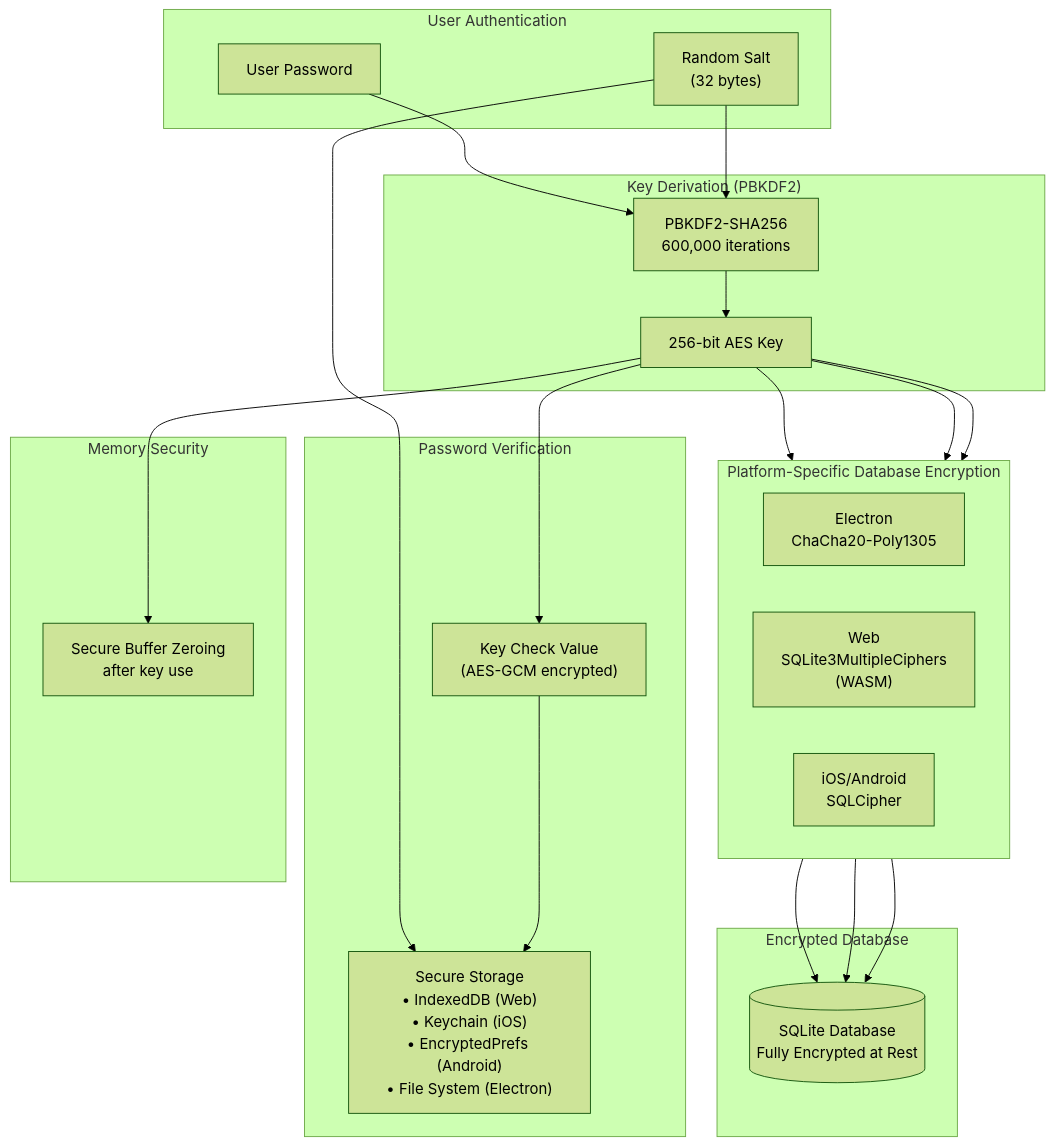
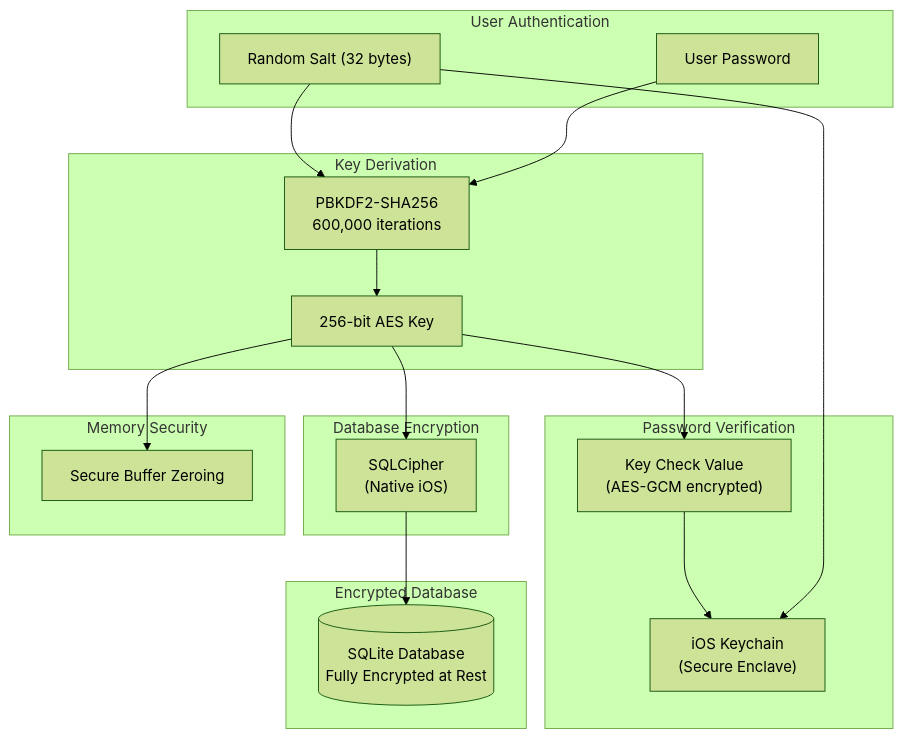
Before and after one commit to a2f0/tearleads: the third of 4 diagrams in docs/encryption-architecture.md, drawn with Mermaid (forest theme). The commit also changed other lines of this file and 2 other files, not shown here.

First line of the commit message:
docs(website): add dedicated architecture page

````diff
--- a/docs/encryption-architecture.md
+++ b/docs/encryption-architecture.md
@@ -5,46 +91,39 @@
 ```mermaid
 flowchart TB
     subgraph UserAuth["User Authentication"]
         PWD["User Password"]
-        SALT["Random Salt<br/>(32 bytes)"]
+        SALT["Random Salt (32 bytes)"]
     end
 
-    subgraph KeyDerivation["Key Derivation (PBKDF2)"]
+    subgraph KeyDerivation["Key Derivation"]
         PBKDF2["PBKDF2-SHA256<br/>600,000 iterations"]
         KEY["256-bit AES Key"]
     end
 
     subgraph Verification["Password Verification"]
         KCV["Key Check Value<br/>(AES-GCM encrypted)"]
-        STORE["Secure Storage<br/>• IndexedDB (Web)<br/>• Keychain (iOS)<br/>• EncryptedPrefs (Android)<br/>• File System (Electron)"]
+        STORE["iOS Keychain<br/>(Secure Enclave)"]
     end
 
-    subgraph PlatformEncryption["Platform-Specific Database Encryption"]
-        direction LR
-        ELECTRON["Electron<br/>ChaCha20-Poly1305"]
-        WEB["Web<br/>SQLite3MultipleCiphers<br/>(WASM)"]
-        MOBILE["iOS/Android<br/>SQLCipher"]
+    subgraph Encryption["Database Encryption"]
+        CIPHER["SQLCipher<br/>(Native iOS)"]
     end
 
     subgraph Database["Encrypted Database"]
         DB[("SQLite Database<br/>Fully Encrypted at Rest")]
     end
 
     subgraph Security["Memory Security"]
-        ZERO["Secure Buffer Zeroing<br/>after key use"]
+        ZERO["Secure Buffer Zeroing"]
     end
 
     PWD --> PBKDF2
     SALT --> PBKDF2
     PBKDF2 --> KEY
     KEY --> KCV
     SALT --> STORE
     KCV --> STORE
-    KEY --> ELECTRON
-    KEY --> WEB
-    KEY --> MOBILE
-    ELECTRON --> DB
-    WEB --> DB
-    MOBILE --> DB
+    KEY --> CIPHER
+    CIPHER --> DB
     KEY --> ZERO
 ```
````
